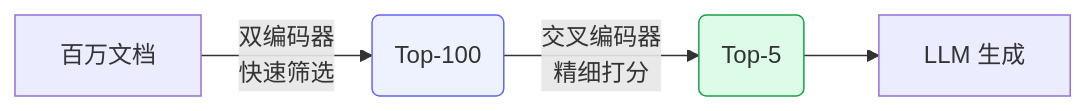
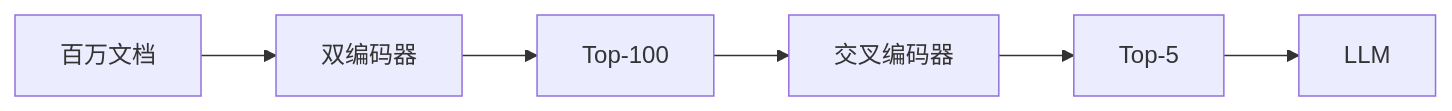
Before and after one commit to likebeans/notes-on-llms: the ninth of 9 diagrams in docs/llms/rag/index.md, drawn with Mermaid. The commit also changed other lines of this file and 2 other files, not shown here.

Commit message:
feat: 添加 Mermaid 流程图支持并优化样式

````diff
--- a/docs/llms/rag/index.md
+++ b/docs/llms/rag/index.md
@@ -462,9 +382,4 @@
 ```mermaid
-graph LR
-    A[百万文档] -->|双编码器<br>快速筛选| B(Top-100)
-    B -->|交叉编码器<br>精细打分| C(Top-5)
-    C --> D[LLM 生成]
-    
-    style B fill:#eef2ff,stroke:#6366f1
-    style C fill:#dcfce7,stroke:#16a34a
+flowchart LR
+    A[百万文档] --> B[双编码器] --> C[Top-100] --> D[交叉编码器] --> E[Top-5] --> F[LLM]
 ```
````
